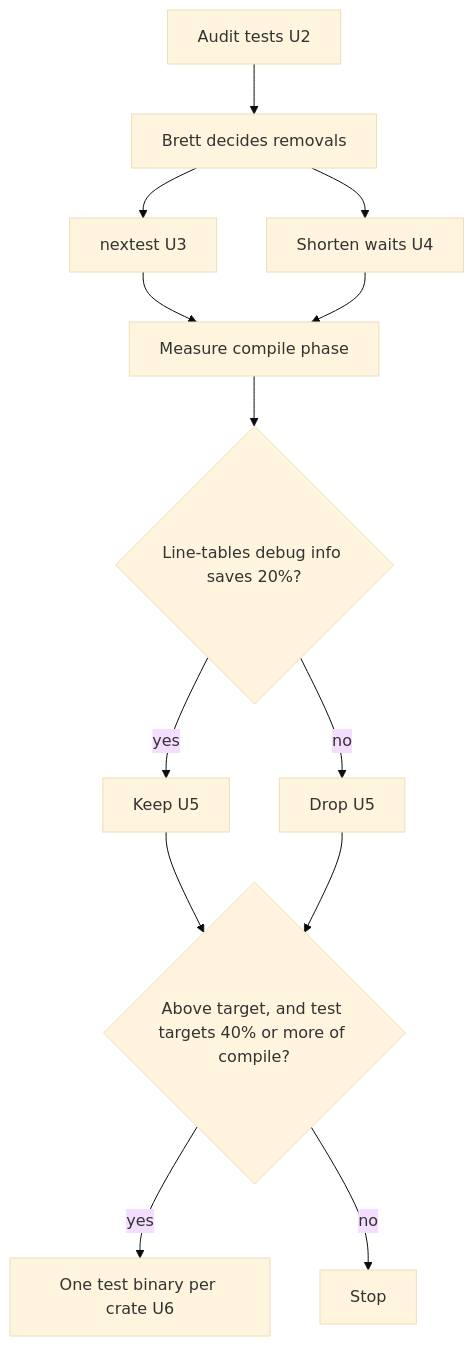
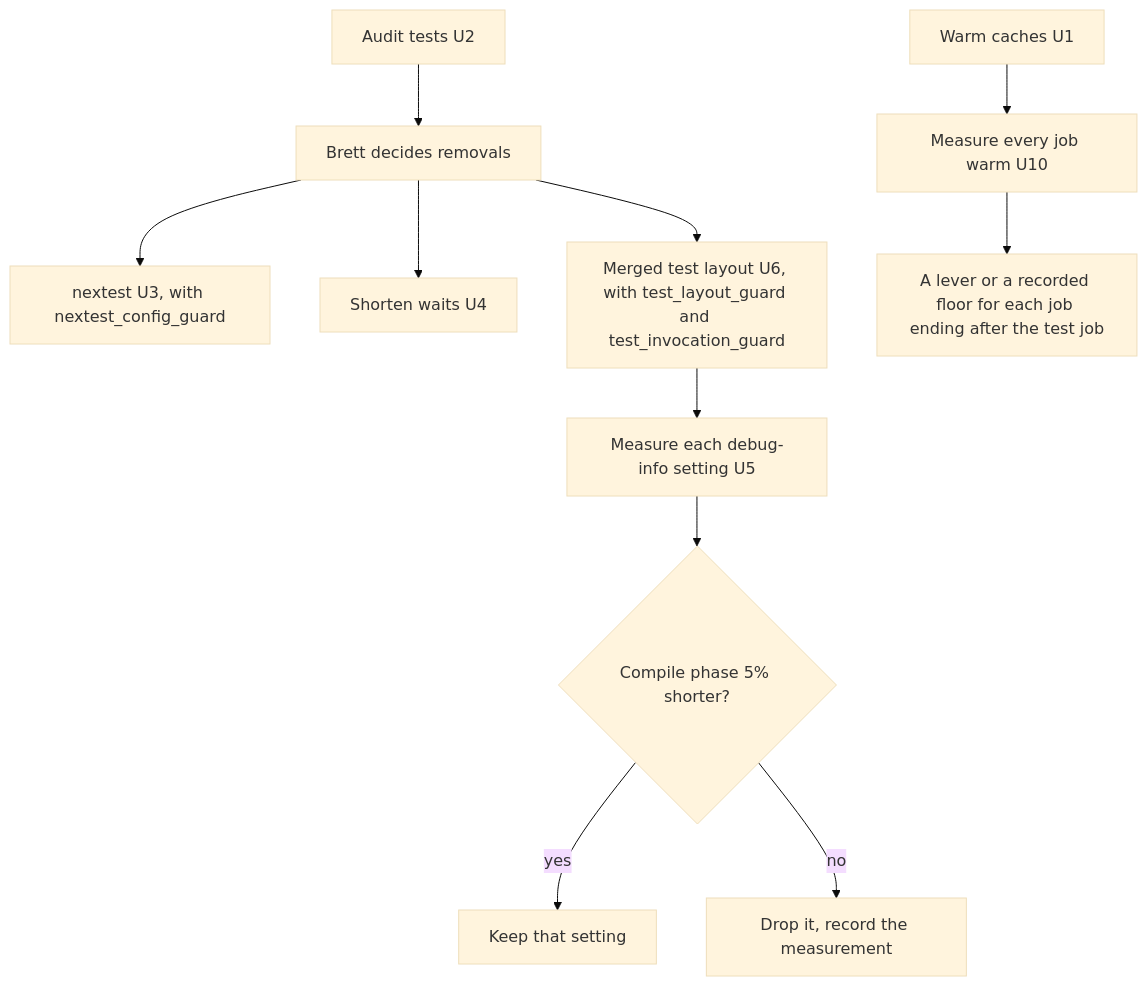
Before and after one commit to brettdavies/xurl-rs: the third of 3 diagrams in docs/plans/2026-10-27-0058-perf-ci-scoping-and-speed-plan.md, drawn with Mermaid (base theme). The commit also changed other lines of this file, not shown here.

````diff
--- a/docs/plans/2026-10-27-0058-perf-ci-scoping-and-speed-plan.md
+++ b/docs/plans/2026-10-27-0058-perf-ci-scoping-and-speed-plan.md
@@ -254,15 +287,13 @@
 ```mermaid
 flowchart TB
   A[Audit tests U2] --> B[Brett decides removals]
-  B --> N[nextest U3]
+  B --> N[nextest U3, with nextest_config_guard]
   B --> W[Shorten waits U4]
-  N --> G[Measure compile phase]
-  W --> G
-  G --> DI{Line-tables debug info saves 20%?}
-  DI -->|yes| K[Keep U5]
-  DI -->|no| X[Drop U5]
-  K --> LS{Above target, and test targets 40% or more of compile?}
-  X --> LS
-  LS -->|yes| U6[One test binary per crate U6]
-  LS -->|no| DONE[Stop]
+  B --> M[Merged test layout U6, with test_layout_guard and test_invocation_guard]
+  M --> DI[Measure each debug-info setting U5]
+  DI --> K{Compile phase 5% shorter?}
+  K -->|yes| KEEP[Keep that setting]
+  K -->|no| DROP[Drop it, record the measurement]
+  W1[Warm caches U1] --> J[Measure every job warm U10]
+  J --> L[A lever or a recorded floor for each job ending after the test job]
 ```
````
